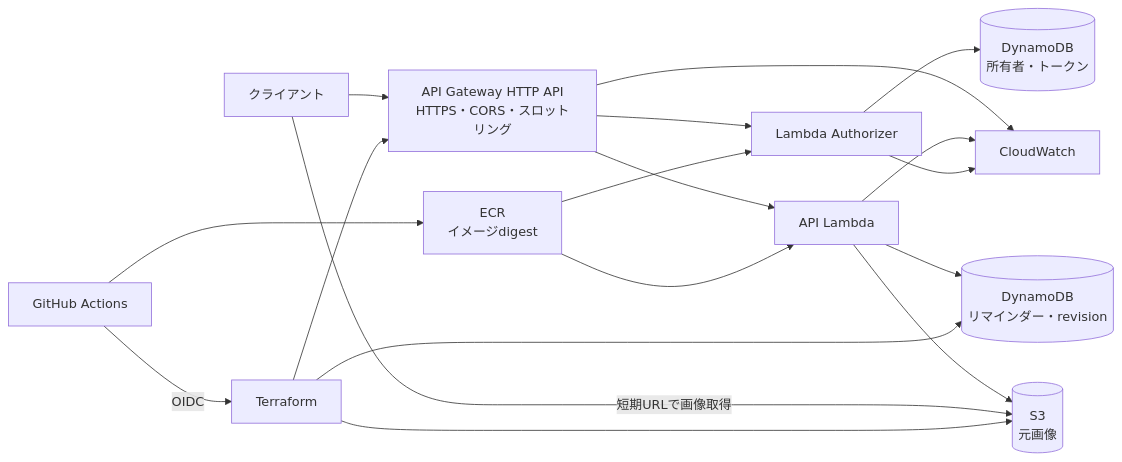
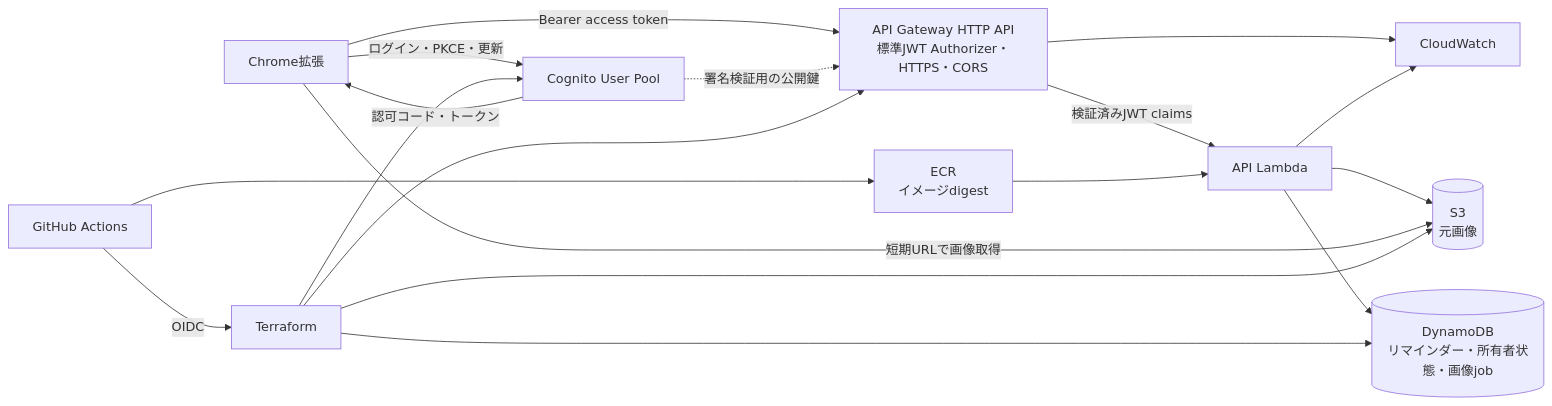
The diagram in docs/superpowers/specs/2026-10-02-reminder-server-aws-design.md (Knu334/reminder-server), drawn with Mermaid before and after one commit. The commit also changed other lines of this file and 2 other files, not shown here.

Commit message:
docs: adopt Cognito authentication for Chrome extension

````diff
--- a/docs/superpowers/specs/2026-10-02-reminder-server-aws-design.md
+++ b/docs/superpowers/specs/2026-10-02-reminder-server-aws-design.md
@@ -32,20 +35,20 @@
 ```mermaid
 flowchart LR
-    Client[クライアント] --> Gateway[API Gateway HTTP API\nHTTPS・CORS・スロットリング]
-    Gateway --> Auth[Lambda Authorizer]
-    Auth --> Identity[(DynamoDB\n所有者・トークン)]
-    Gateway --> API[API Lambda]
-    API --> Data[(DynamoDB\nリマインダー・revision)]
+    Client[Chrome拡張] -->|ログイン・PKCE・更新| Cognito[Cognito User Pool]
+    Cognito -->|認可コード・トークン| Client
+    Client -->|Bearer access token| Gateway[API Gateway HTTP API\n標準JWT Authorizer・HTTPS・CORS]
+    Cognito -.->|署名検証用の公開鍵| Gateway
+    Gateway -->|検証済みJWT claims| API[API Lambda]
+    API --> Data[(DynamoDB\nリマインダー・所有者状態・画像job)]
     API --> Images[(S3\n元画像)]
     Client -->|短期URLで画像取得| Images
     Gateway --> Logs[CloudWatch]
     API --> Logs
-    Auth --> Logs
     GHA[GitHub Actions] -->|OIDC| TF[Terraform]
     GHA --> ECR[ECR\nイメージdigest]
     ECR --> API
-    ECR --> Auth
     TF --> Gateway
+    TF --> Cognito
     TF --> Data
     TF --> Images
 ```
````
